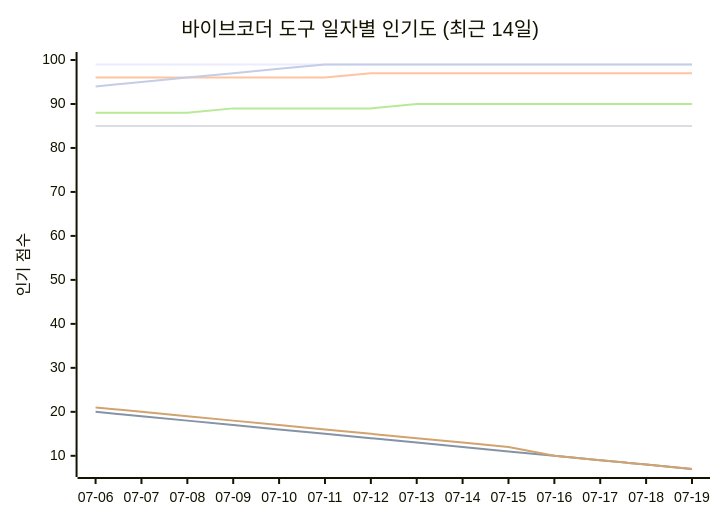
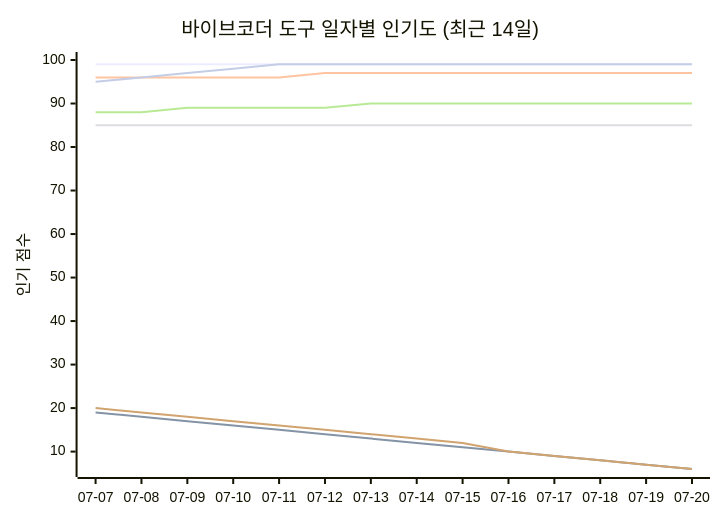
The seventh of 11 diagrams in README_ko.md (tykimos/ai-whatchelin), drawn with Mermaid before and after one commit. The commit also changed other lines of this file and 4 other files, not shown here.

````diff
--- a/README_ko.md
+++ b/README_ko.md
@@ -1984,13 +1984,13 @@
 ```mermaid
 xychart-beta
     title "바이브코더 도구 일자별 인기도 (최근 14일)"
-    x-axis ["07-06", "07-07", "07-08", "07-09", "07-10", "07-11", "07-12", "07-13", "07-14", "07-15", "07-16", "07-17", "07-18", "07-19"]
-    y-axis "인기 점수" 7 --> 100
+    x-axis ["07-07", "07-08", "07-09", "07-10", "07-11", "07-12", "07-13", "07-14", "07-15", "07-16", "07-17", "07-18", "07-19", "07-20"]
+    y-axis "인기 점수" 6 --> 100
     line "Claude Code" [99, 99, 99, 99, 99, 99, 99, 99, 99, 99, 99, 99, 99, 99]
-    line "GH Copilot" [20, 19, 18, 17, 16, 15, 14, 13, 12, 11, 10, 9, 8, 7]
-    line "Cursor" [96, 96, 96, 96, 96, 96, 97, 97, 97, 97, 97, 97, 97, 97]
+    line "GH Copilot" [19, 18, 17, 16, 15, 14, 13, 12, 11, 10, 9, 8, 7, 6]
+    line "Cursor" [96, 96, 96, 96, 96, 97, 97, 97, 97, 97, 97, 97, 97, 97]
     line "Windsurf" [85, 85, 85, 85, 85, 85, 85, 85, 85, 85, 85, 85, 85, 85]
-    line "Codex CLI" [88, 88, 88, 89, 89, 89, 89, 90, 90, 90, 90, 90, 90, 90]
-    line "Gemini CLI" [21, 20, 19, 18, 17, 16, 15, 14, 13, 12, 10, 9, 8, 7]
-    line "Antigravity" [94, 95, 96, 97, 98, 99, 99, 99, 99, 99, 99, 99, 99, 99]
+    line "Codex CLI" [88, 88, 89, 89, 89, 89, 90, 90, 90, 90, 90, 90, 90, 90]
+    line "Gemini CLI" [20, 19, 18, 17, 16, 15, 14, 13, 12, 10, 9, 8, 7, 6]
+    line "Antigravity" [95, 96, 97, 98, 99, 99, 99, 99, 99, 99, 99, 99, 99, 99]
 ```
````
